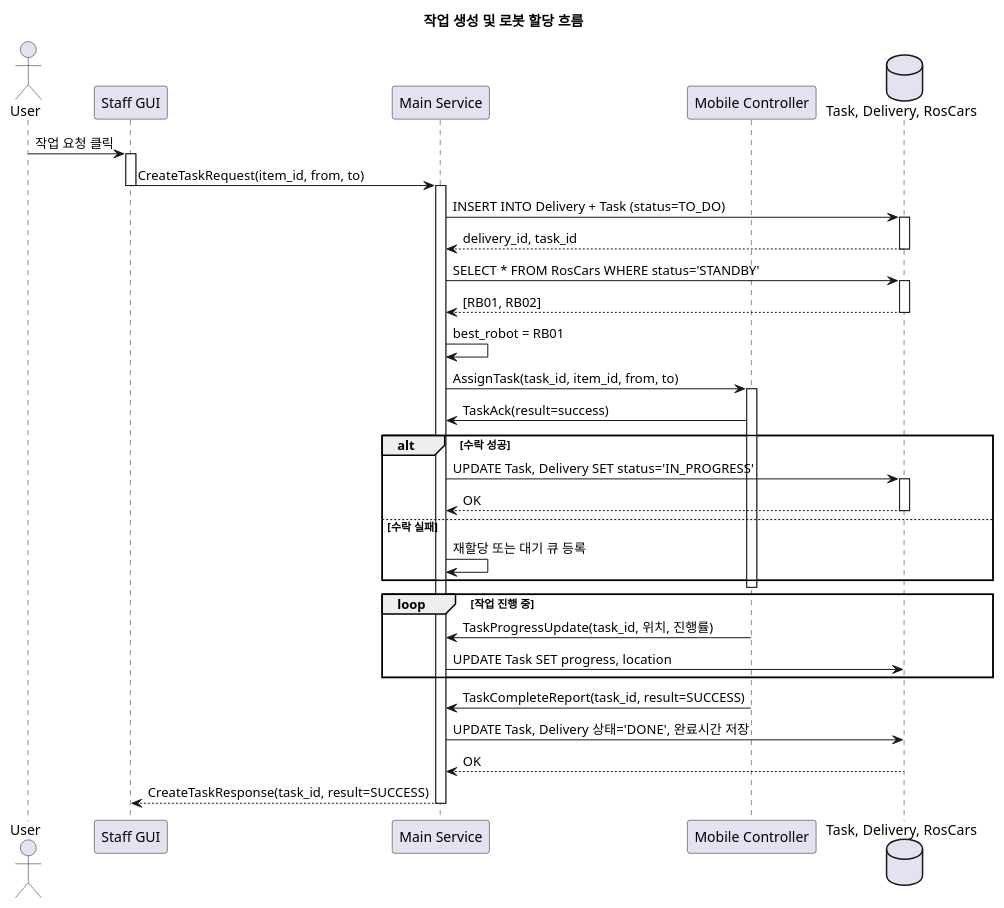
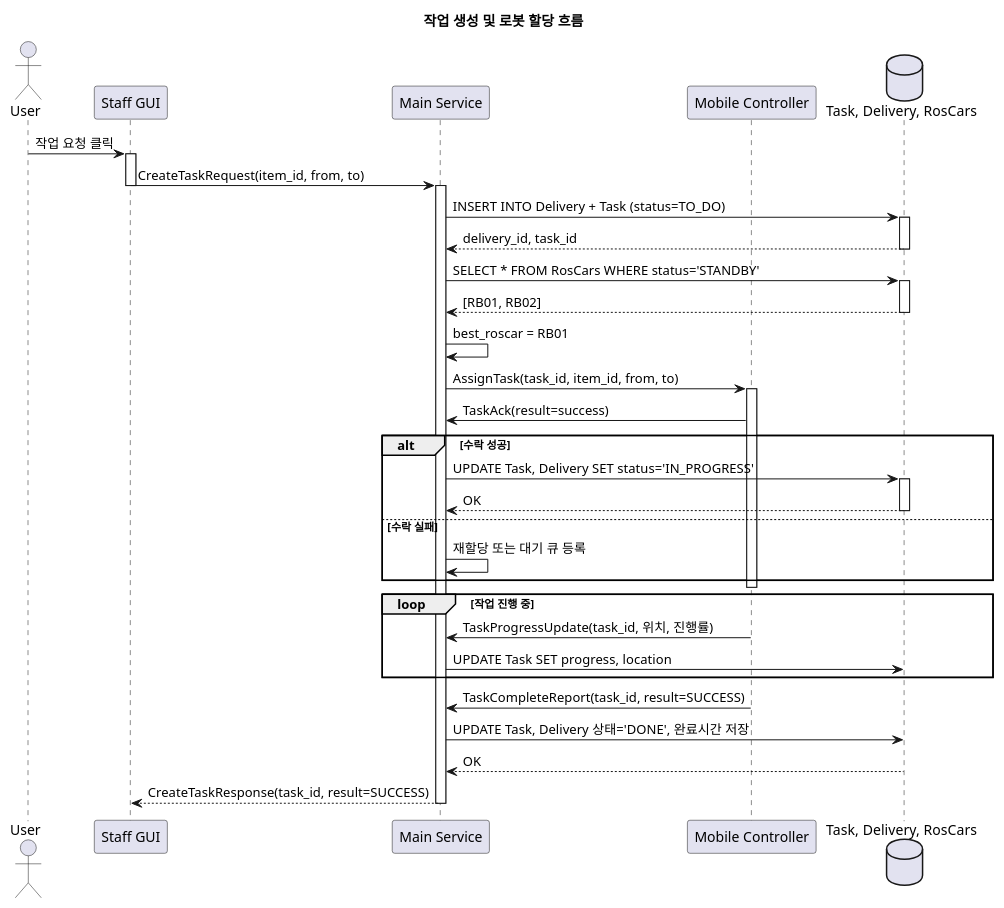
The fourth of 10 diagrams in docs/sequence_diagram v4.md (addinedu-ros-8th/ros-repo-3), drawn with PlantUML before and after one commit. The commit also changed other lines of this file and 108 other files, not shown here.

Commit message:
Fix build and Rename robot to roscar

````diff
--- a/docs/sequence_diagram v4.md
+++ b/docs/sequence_diagram v4.md
@@ -136,58 +136,58 @@
 ```plantuml
 @startuml
 title 작업 생성 및 로봇 할당 흐름
 
 actor User
 participant "Staff GUI" as Staff
 participant "Main Service" as Main
 participant "Mobile Controller" as Mobile
 database "Task, Delivery, RosCars" as DB
 
 
 User -> Staff : 작업 요청 클릭
 activate Staff
 Staff -> Main : CreateTaskRequest(item_id, from, to)
 deactivate Staff
 
 activate Main
 Main -> DB : INSERT INTO Delivery + Task (status=TO_DO)
 activate DB
 DB --> Main : delivery_id, task_id
 deactivate DB
 
 
 Main -> DB : SELECT * FROM RosCars WHERE status='STANDBY'
 activate DB
 DB --> Main : [RB01, RB02]
 deactivate DB
-Main -> Main : best_robot = RB01
+Main -> Main : best_roscar = RB01
 
 
 Main -> Mobile : AssignTask(task_id, item_id, from, to)
 activate Mobile
 Mobile -> Main : TaskAck(result=success)
 
 alt 수락 성공
     Main -> DB : UPDATE Task, Delivery SET status='IN_PROGRESS'
     activate DB
     DB --> Main : OK
     deactivate DB
 else 수락 실패
     Main -> Main : 재할당 또는 대기 큐 등록
 end
 deactivate Mobile
 
 
 loop 작업 진행 중
     Mobile -> Main : TaskProgressUpdate(task_id, 위치, 진행률)
     Main -> DB : UPDATE Task SET progress, location
 end
 
 Mobile -> Main : TaskCompleteReport(task_id, result=SUCCESS)
 Main -> DB : UPDATE Task, Delivery 상태='DONE', 완료시간 저장
 DB --> Main : OK
 
 Main --> Staff : CreateTaskResponse(task_id, result=SUCCESS)
 deactivate Main
 @enduml
 ```
````
